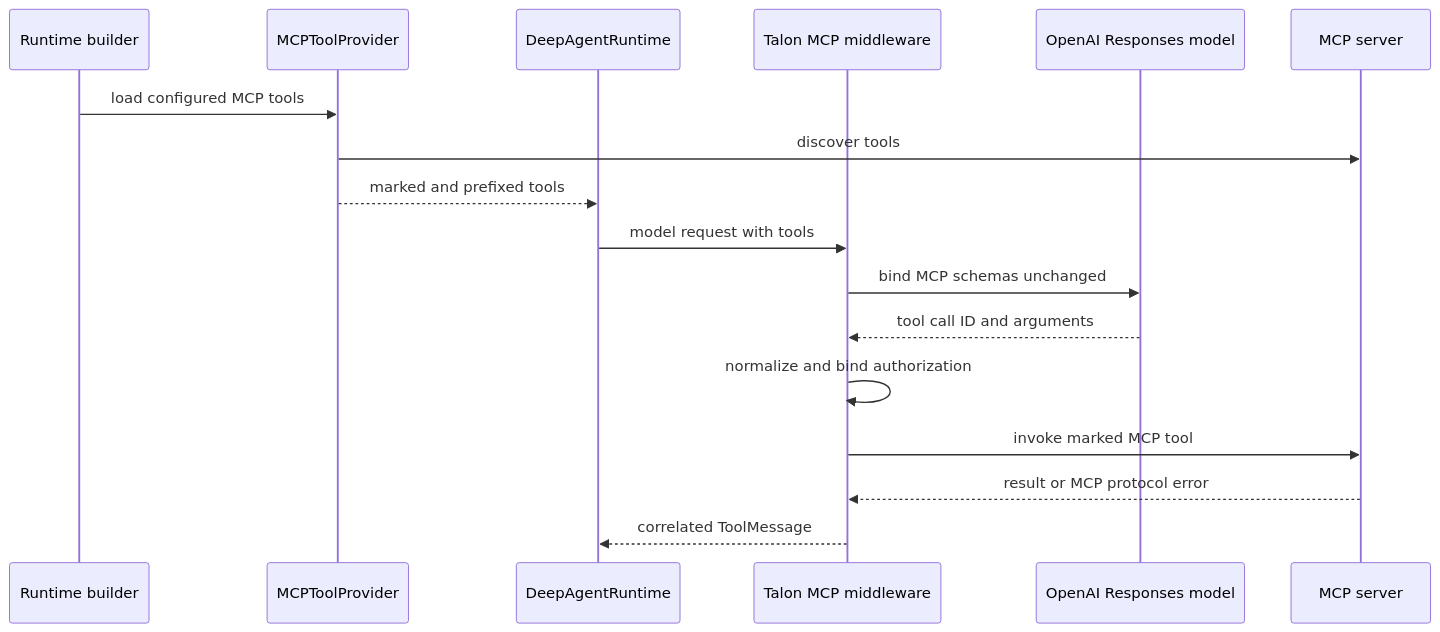
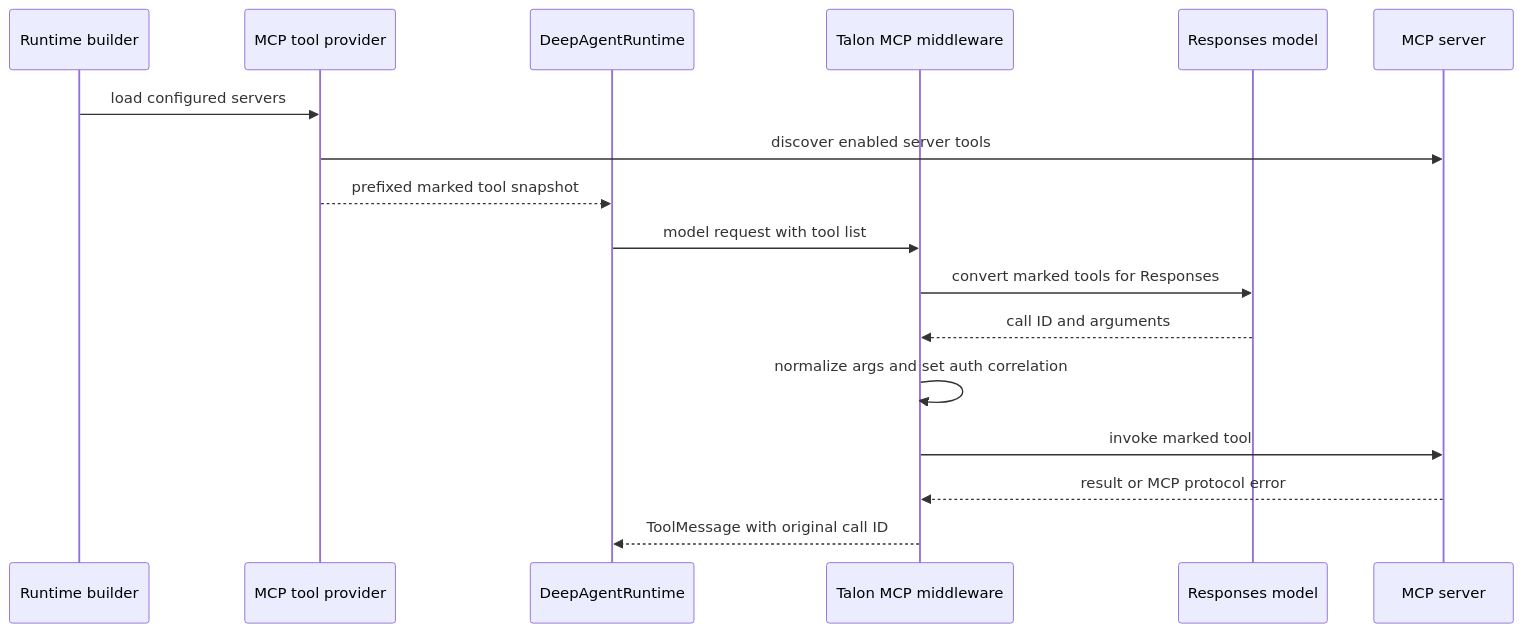
One commit to langchain-ai/deepagents changed the diagram in openwiki/integrations/talon.md. Above: the diagram before and after it, drawn with Mermaid. The commit also changed other lines of this file and 25 other files, not shown here.

````diff
--- a/openwiki/integrations/talon.md
+++ b/openwiki/integrations/talon.md
@@ -43,20 +53,20 @@
 ```mermaid
 sequenceDiagram
     participant Builder as Runtime builder
-    participant Provider as MCPToolProvider
+    participant Provider as MCP tool provider
     participant Runtime as DeepAgentRuntime
     participant Middleware as Talon MCP middleware
-    participant Model as OpenAI Responses model
+    participant Model as Responses model
     participant Server as MCP server
 
-    Builder->>Provider: load configured MCP tools
-    Provider->>Server: discover tools
-    Provider-->>Runtime: marked and prefixed tools
-    Runtime->>Middleware: model request with tools
-    Middleware->>Model: bind MCP schemas unchanged
-    Model-->>Middleware: tool call ID and arguments
-    Middleware->>Middleware: normalize and bind authorization
-    Middleware->>Server: invoke marked MCP tool
+    Builder->>Provider: load configured servers
+    Provider->>Server: discover enabled server tools
+    Provider-->>Runtime: prefixed marked tool snapshot
+    Runtime->>Middleware: model request with tool list
+    Middleware->>Model: convert marked tools for Responses
+    Model-->>Middleware: call ID and arguments
+    Middleware->>Middleware: normalize args and set auth correlation
+    Middleware->>Server: invoke marked tool
     Server-->>Middleware: result or MCP protocol error
-    Middleware-->>Runtime: correlated ToolMessage
+    Middleware-->>Runtime: ToolMessage with original call ID
 ```
````
